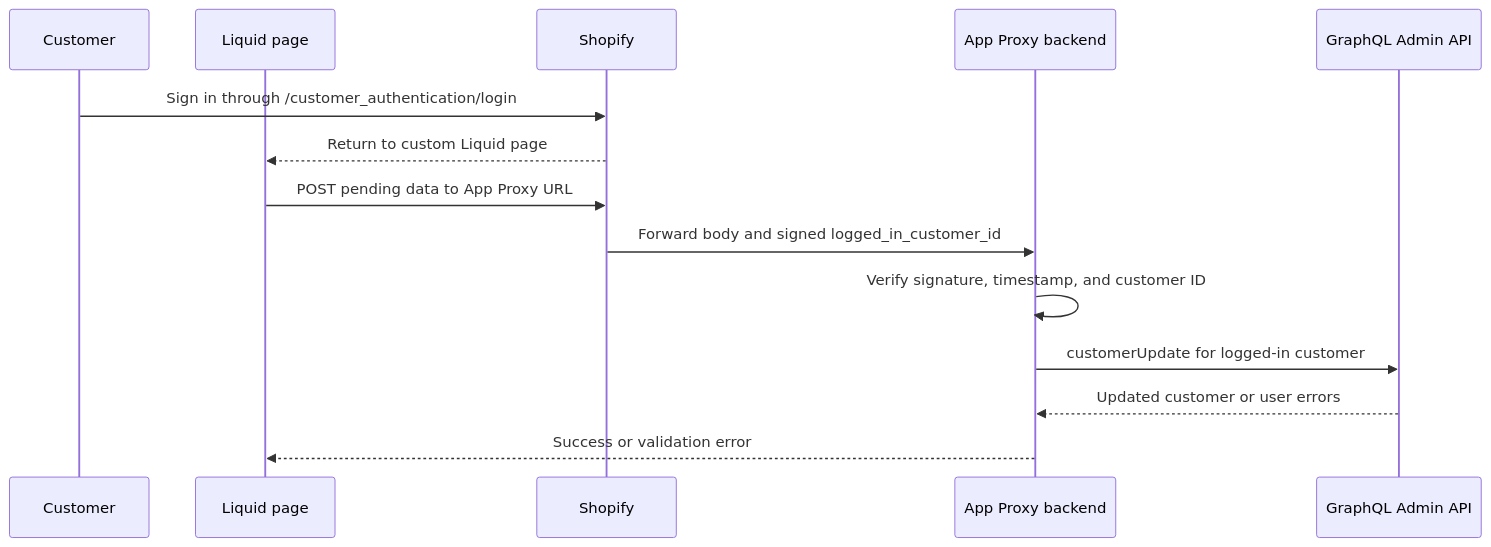
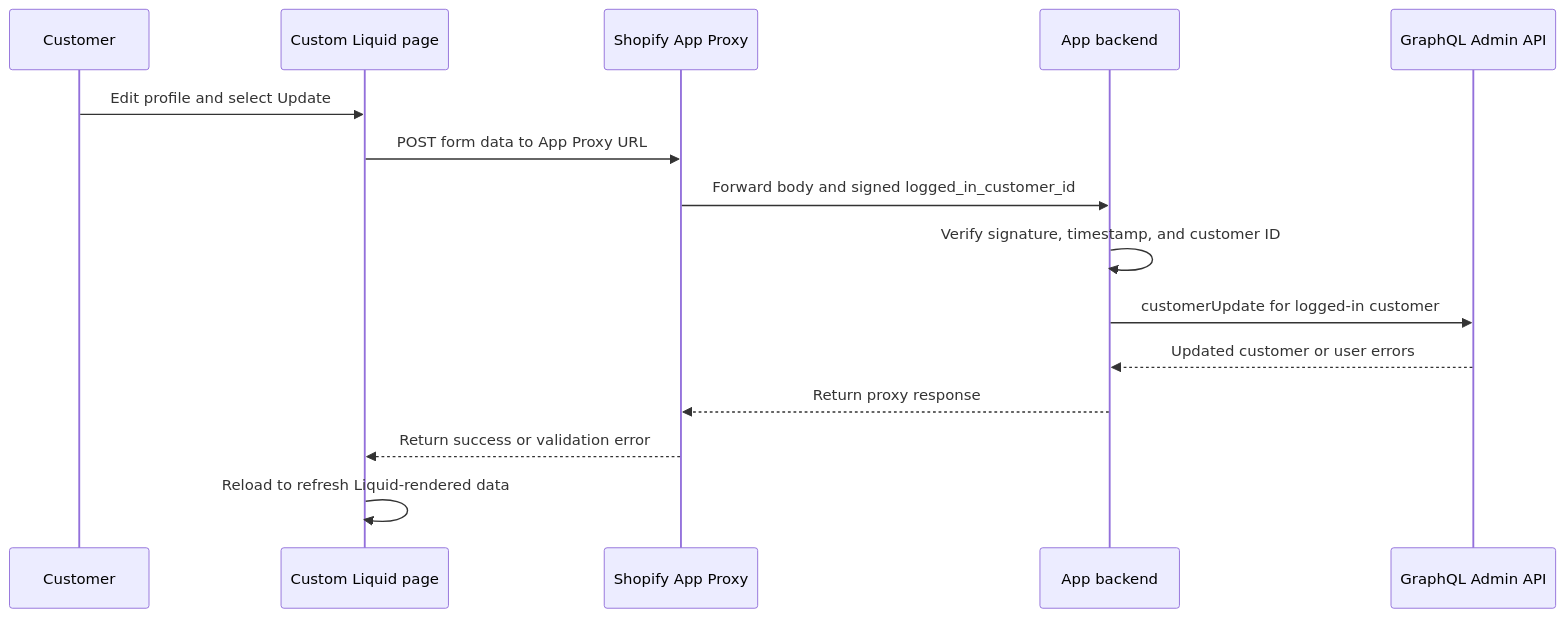
The fourth of 4 diagrams in theme/README.md (benzookapi/open_id_connect_sso_sample), drawn with Mermaid before and after one commit. The commit also changed other lines of this file, not shown here.

Commit message:
Clarify Liquid customer update architectures

````diff
--- a/theme/README.md
+++ b/theme/README.md
@@ -134,17 +193,18 @@
 ```mermaid
 sequenceDiagram
     participant Customer
-    participant Page as Liquid page
-    participant Shopify
-    participant Proxy as App Proxy backend
+    participant Page as Custom Liquid page
+    participant Shopify as Shopify App Proxy
+    participant App as App backend
     participant Admin as GraphQL Admin API
 
-    Customer->>Shopify: Sign in through /customer_authentication/login
-    Shopify-->>Page: Return to custom Liquid page
-    Page->>Shopify: POST pending data to App Proxy URL
-    Shopify->>Proxy: Forward body and signed logged_in_customer_id
-    Proxy->>Proxy: Verify signature, timestamp, and customer ID
-    Proxy->>Admin: customerUpdate for logged-in customer
-    Admin-->>Proxy: Updated customer or user errors
-    Proxy-->>Page: Success or validation error
+    Customer->>Page: Edit profile and select Update
+    Page->>Shopify: POST form data to App Proxy URL
+    Shopify->>App: Forward body and signed logged_in_customer_id
+    App->>App: Verify signature, timestamp, and customer ID
+    App->>Admin: customerUpdate for logged-in customer
+    Admin-->>App: Updated customer or user errors
+    App-->>Shopify: Return proxy response
+    Shopify-->>Page: Return success or validation error
+    Page->>Page: Reload to refresh Liquid-rendered data
 ```
````
